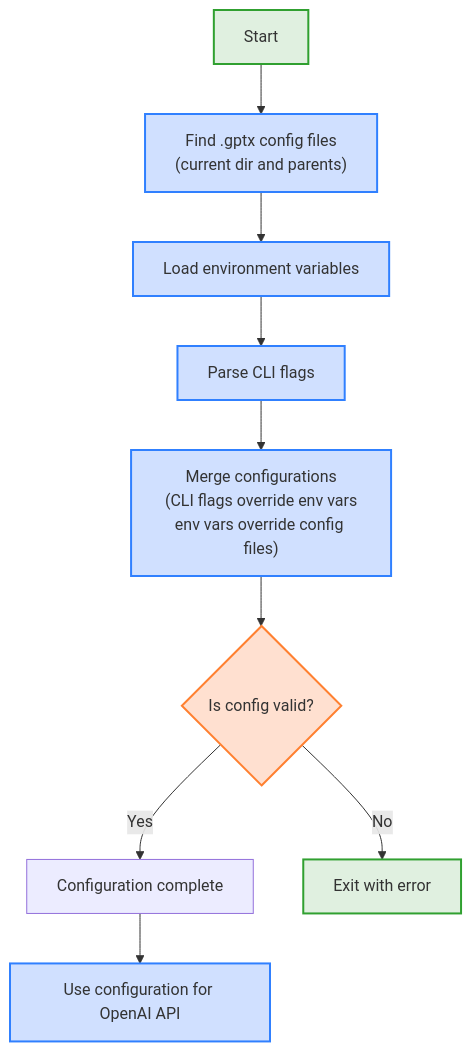
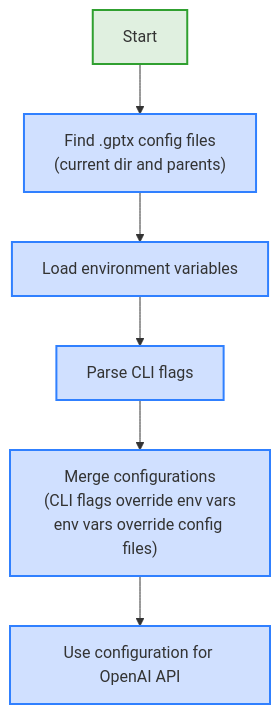
One commit to mohdfareed/gptx-cli changed the fourth of 6 diagrams in docs/architecture.md. Above: the diagram before and after it, drawn with Mermaid. The commit also changed other lines of this file and 19 other files, not shown here.

````diff
--- a/docs/architecture.md
+++ b/docs/architecture.md
@@ -185,22 +160,16 @@
 ```mermaid
 flowchart TD
     start[Start] --> findConfig["Find .gptx config files\n(current dir and parents)"]
     findConfig --> loadEnv["Load environment variables"]
     loadEnv --> parseCLI["Parse CLI flags"]
 
     parseCLI --> mergeConfig["Merge configurations\n(CLI flags override env vars\nenv vars override config files)"]
 
-    mergeConfig --> validateConfig{"Is config valid?"}
-    validateConfig -->|Yes| configComplete[Configuration complete]
-    validateConfig -->|No| errorExit[Exit with error]
-
-    configComplete --> useConfig[Use configuration for OpenAI API]
+    mergeConfig --> useConfig[Use configuration for OpenAI API]
 
     classDef process fill:#d0e0ff,stroke:#3080ff,stroke-width:2px;
-    classDef decision fill:#ffe0d0,stroke:#ff8030,stroke-width:2px;
     classDef terminal fill:#e0f0e0,stroke:#30a030,stroke-width:2px;
 
-    class start,errorExit terminal;
+    class start terminal;
     class findConfig,loadEnv,parseCLI,mergeConfig,useConfig process;
-    class validateConfig decision;
 ```
````
